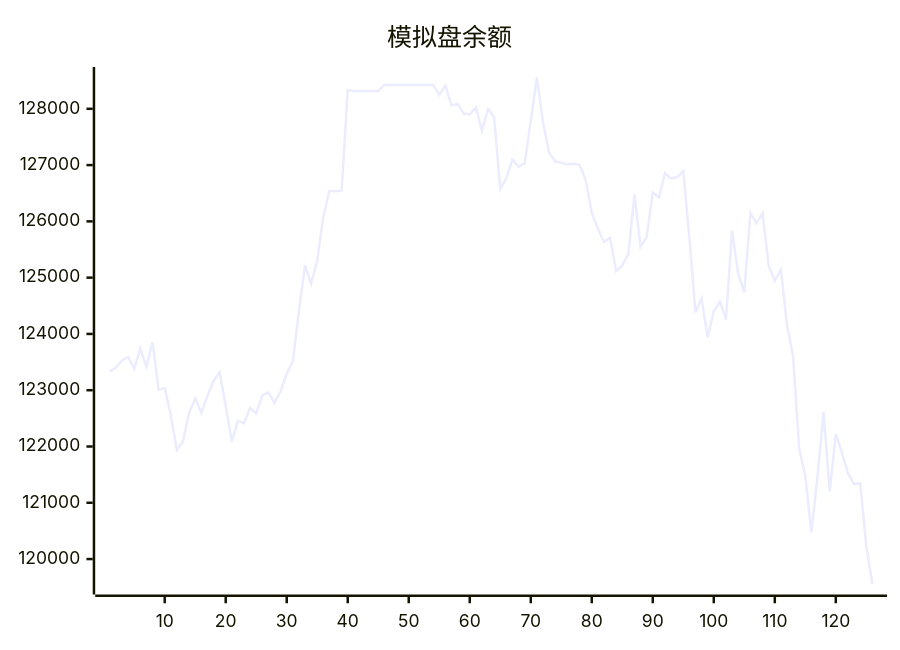
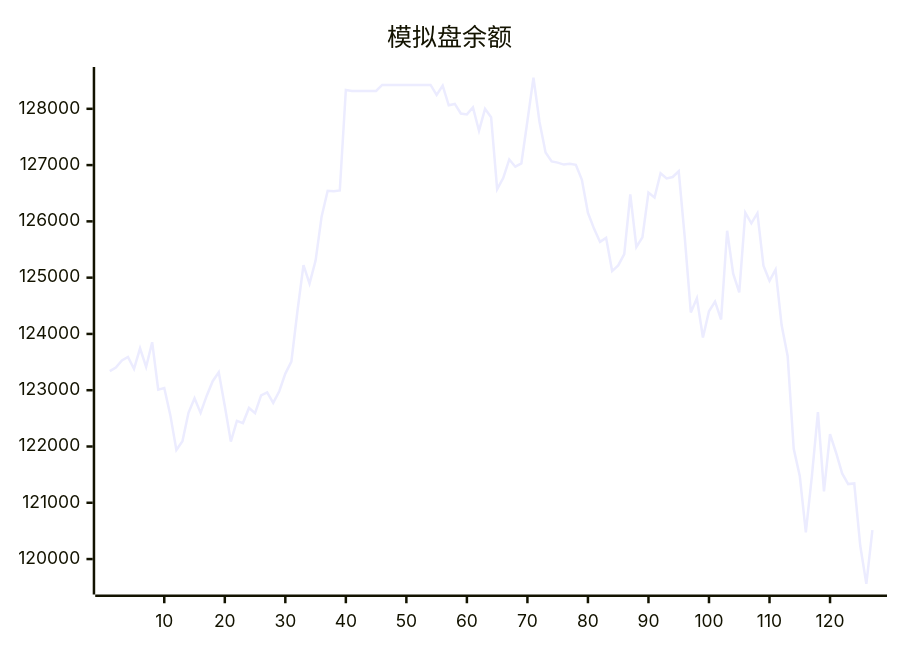
The diagram in README.md (aahl/ai-trading), drawn with Mermaid before and after one commit. The commit also changed other lines of this file and 3 other files, not shown here.

````diff
--- a/README.md
+++ b/README.md
@@ -5,5 +5,5 @@
 ```mermaid
 xychart
     title "模拟盘余额"
-    line [123338,123402,123530,123592,123378,123745,123413,123853,123009,123040,122557,121938,122095,122599,122856,122597,122898,123160,123319,122719,122087,122454,122416,122685,122592,122907,122961,122776,122981,123295,123507,124403,125224,124894,125303,126088,126544,126534,126549,128335,128318,128318,128318,128318,128318,128424,128424,128424,128424,128424,128424,128424,128424,128424,128247,128412,128062,128087,127917,127901,128026,127611,128000,127850,126572,126770,127100,126971,127029,127783,128554,127765,127224,127064,127044,127009,127025,127004,126738,126152,125871,125635,125707,125117,125217,125420,126480,125545,125715,126511,126424,126856,126764,126788,126890,125710,124381,124632,123936,124402,124574,124256,125833,125070,124739,126154,125966,126145,125213,124943,125143,124157,123604,121959,121476,120476,121470,122610,121201,122221,121889,121522,121332,121344,120232,119559]
+    line [123338,123402,123530,123592,123378,123745,123413,123853,123009,123040,122557,121938,122095,122599,122856,122597,122898,123160,123319,122719,122087,122454,122416,122685,122592,122907,122961,122776,122981,123295,123507,124403,125224,124894,125303,126088,126544,126534,126549,128335,128318,128318,128318,128318,128318,128424,128424,128424,128424,128424,128424,128424,128424,128424,128247,128412,128062,128087,127917,127901,128026,127611,128000,127850,126572,126770,127100,126971,127029,127783,128554,127765,127224,127064,127044,127009,127025,127004,126738,126152,125871,125635,125707,125117,125217,125420,126480,125545,125715,126511,126424,126856,126764,126788,126890,125710,124381,124632,123936,124402,124574,124256,125833,125070,124739,126154,125966,126145,125213,124943,125143,124157,123604,121959,121476,120476,121470,122610,121201,122221,121889,121522,121332,121344,120232,119559,120513]
 ```
````
